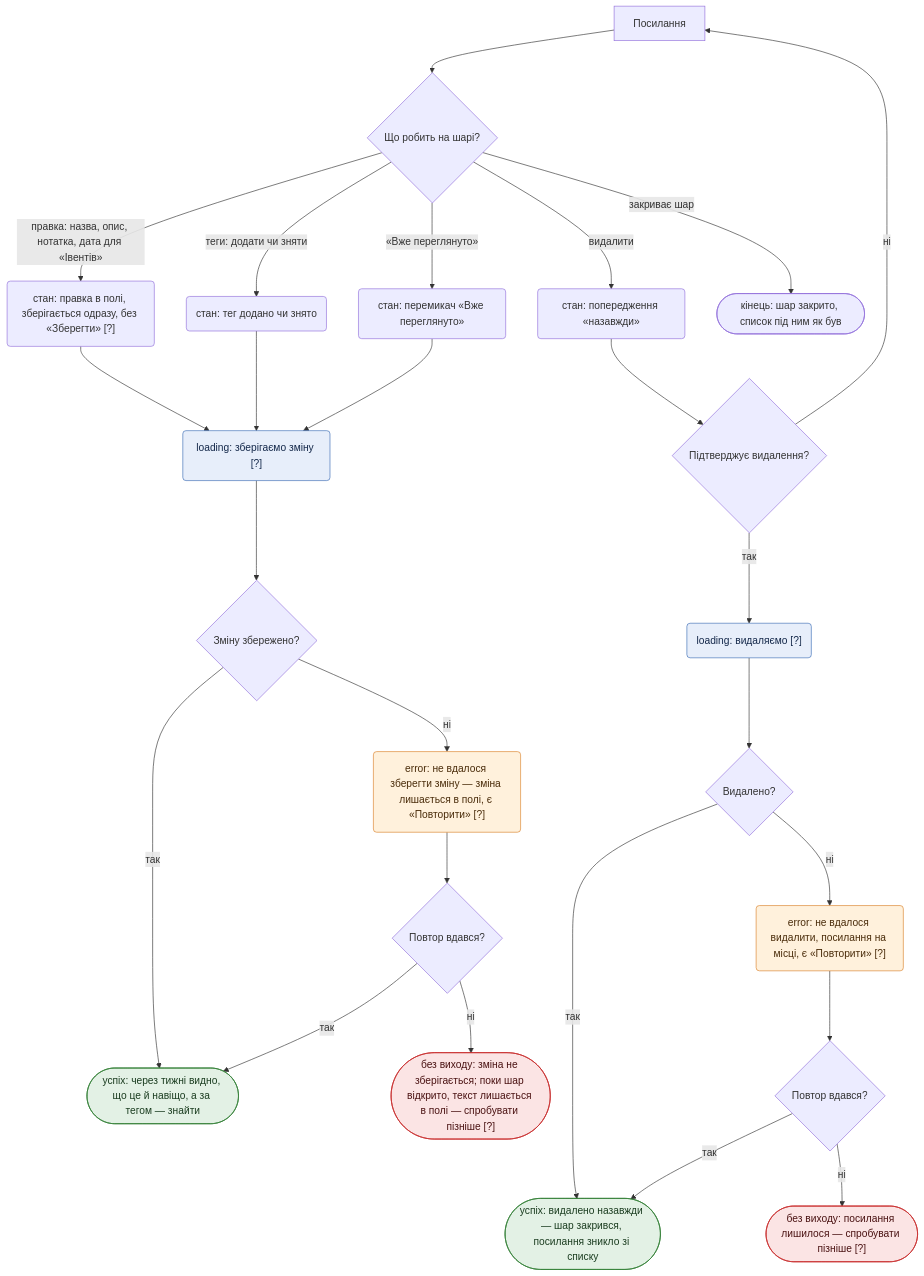
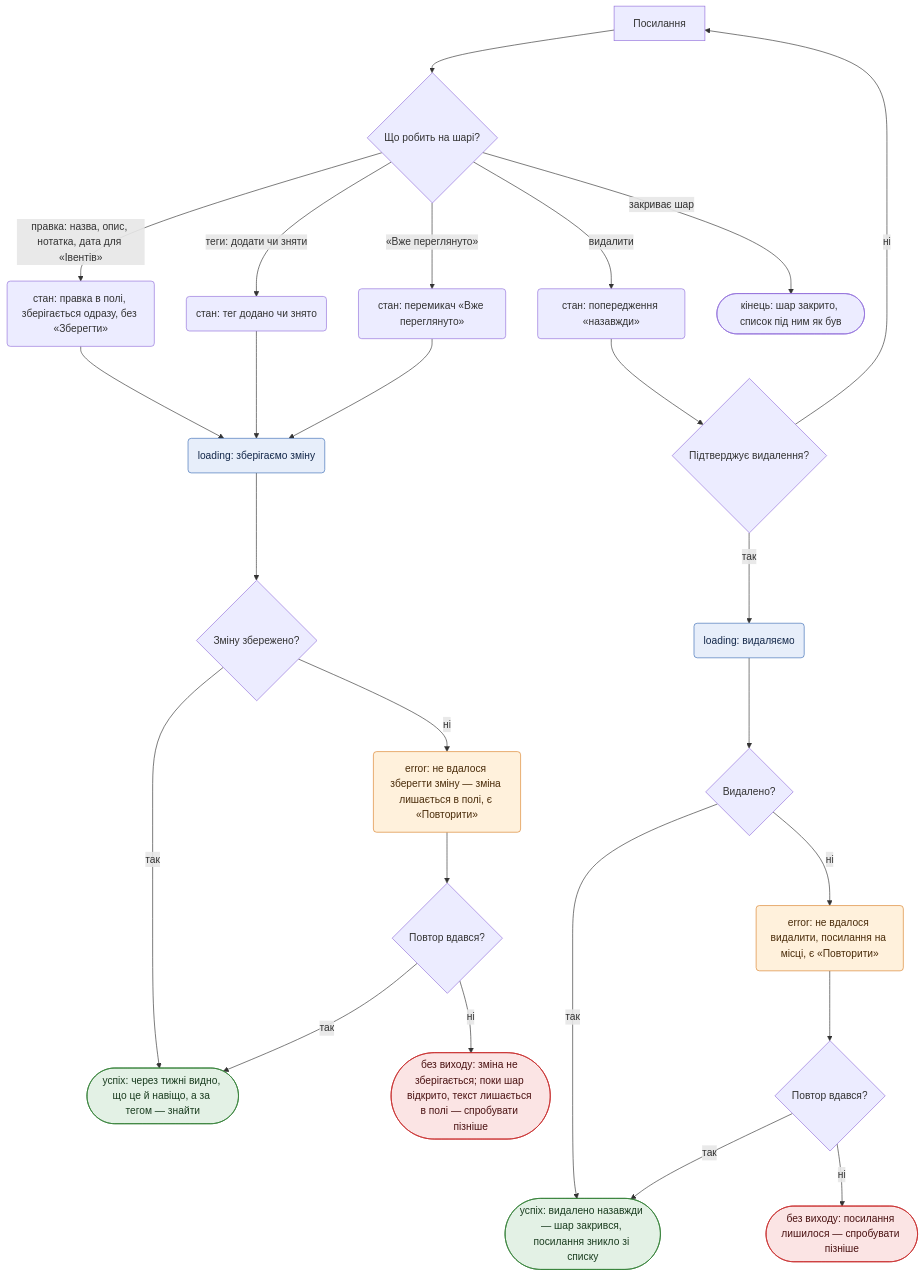
Before and after one commit to OlenaKras95/shukhliada-app: the fourth of 6 diagrams in flows.md, drawn with Mermaid. The commit also changed other lines of this file and 6 other files, not shown here.

First line of the commit message:
Реєстри: позначки [?] знято в sitemap.md, flows.md і ia.html

````diff
--- a/flows.md
+++ b/flows.md
@@ -483,36 +483,36 @@
 ```mermaid
 flowchart TD
     layer[Посилання] --> dAct{"Що робить на шарі?"}
-    dAct -->|"правка: назва, опис, нотатка, дата для «Івентів»"| edit("стан: правка в полі, зберігається одразу, без «Зберегти» [?]")
+    dAct -->|"правка: назва, опис, нотатка, дата для «Івентів»"| edit("стан: правка в полі, зберігається одразу, без «Зберегти»")
     dAct -->|"теги: додати чи зняти"| tags("стан: тег додано чи знято")
     dAct -->|"«Вже переглянуто»"| seen("стан: перемикач «Вже переглянуто»")
     dAct -->|видалити| delWarn("стан: попередження «назавжди»")
     dAct -->|закриває шар| endClose(["кінець: шар закрито, список під ним як був"])
-    edit --> saveEdit("loading: зберігаємо зміну [?]")
+    edit --> saveEdit("loading: зберігаємо зміну")
     tags --> saveEdit
     seen --> saveEdit
     saveEdit --> dEdit{"Зміну збережено?"}
     dEdit -->|так| okEdit(["успіх: через тижні видно, що це й навіщо, а за тегом — знайти"])
-    dEdit -->|ні| errEdit("error: не вдалося зберегти зміну — зміна лишається в полі, є «Повторити» [?]")
+    dEdit -->|ні| errEdit("error: не вдалося зберегти зміну — зміна лишається в полі, є «Повторити»")
     errEdit --> dEditRetry{"Повтор вдався?"}
     dEditRetry -->|так| okEdit
-    dEditRetry -->|ні| deadEdit(["без виходу: зміна не зберігається; поки шар відкрито, текст лишається в полі — спробувати пізніше [?]"])
+    dEditRetry -->|ні| deadEdit(["без виходу: зміна не зберігається; поки шар відкрито, текст лишається в полі — спробувати пізніше"])
     delWarn --> dDelSure{"Підтверджує видалення?"}
     dDelSure -->|ні| layer
-    dDelSure -->|так| deleting("loading: видаляємо [?]")
+    dDelSure -->|так| deleting("loading: видаляємо")
     deleting --> dDel{"Видалено?"}
     dDel -->|так| okDel(["успіх: видалено назавжди — шар закрився, посилання зникло зі списку"])
-    dDel -->|ні| errDel("error: не вдалося видалити, посилання на місці, є «Повторити» [?]")
+    dDel -->|ні| errDel("error: не вдалося видалити, посилання на місці, є «Повторити»")
     errDel --> dDelRetry{"Повтор вдався?"}
     dDelRetry -->|так| okDel
-    dDelRetry -->|ні| deadDel(["без виходу: посилання лишилося — спробувати пізніше [?]"])
+    dDelRetry -->|ні| deadDel(["без виходу: посилання лишилося — спробувати пізніше"])
 
     classDef cOk fill:#e3f1e5,stroke:#2e7d32,color:#1b3d20
     classDef cDead fill:#fbe4e4,stroke:#c62828,color:#4a1212
     classDef cErr fill:#fff1dc,stroke:#d9822b,color:#4a2c0a
     classDef cLoad fill:#e7eefa,stroke:#3d6db5,color:#14284a
     class okEdit,okDel cOk
     class deadEdit,deadDel cDead
     class errEdit,errDel cErr
     class saveEdit,deleting cLoad
 ```
````
